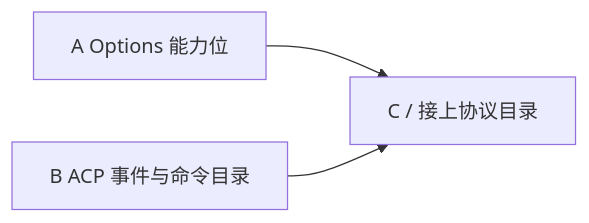
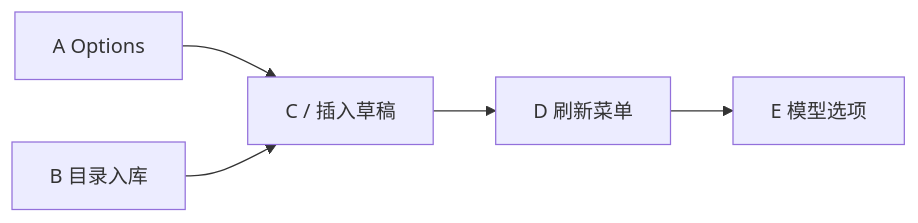
One commit to nicechencs/AgentHub changed the diagram in docs/proposals/chat-host-depth.md. Above: the diagram before and after it, drawn with Mermaid. The commit also changed other lines of this file and 2 other files, not shown here.

````diff
--- a/docs/proposals/chat-host-depth.md
+++ b/docs/proposals/chat-host-depth.md
@@ -152,8 +158,12 @@
 ```mermaid
 flowchart LR
-  A[A Options 能力位]
-  B[B ACP 事件与命令目录]
-  C["C / 接上协议目录"]
+  A[A Options]
+  B[B 目录入库]
+  C["C / 插入草稿"]
+  D[D 刷新菜单]
+  E[E 模型选项]
   A --> C
   B --> C
+  C --> D
+  D --> E
 ```
````
